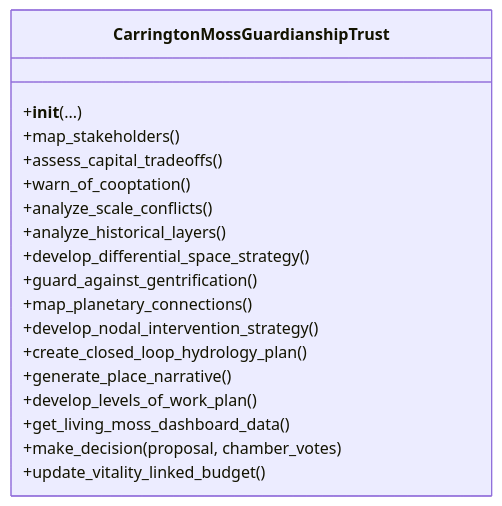
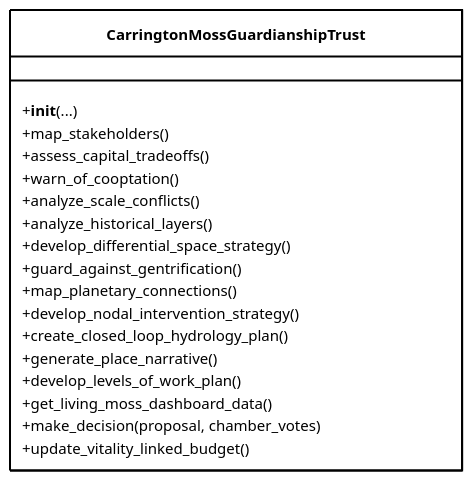
Before and after one commit to CarlosArleo/regenerative-development-ai: the second of 4 diagrams in case-studies/carrington-moss/Carrington Moss Guardianship Trust.md, drawn with Mermaid.

Commit message:
diagram 2

````diff
--- a/case-studies/carrington-moss/Carrington Moss Guardianship Trust.md
+++ b/case-studies/carrington-moss/Carrington Moss Guardianship Trust.md
@@ -80,21 +80,33 @@
 ```mermaid
+%%{init: {"theme": "base", "themeVariables": {
+  "primaryColor": "transparent",
+  "tertiaryColor": "transparent",
+  "edgeLabelBackground": "transparent",
+  "fontFamily": "Inter, Helvetica, Arial, sans-serif",
+  "fontSize": "15px",
+  "lineColor": "#000",
+  "textColor": "#000"
+}}}%%
 classDiagram
     class CarringtonMossGuardianshipTrust {
         +__init__(...)
         +map_stakeholders()
         +assess_capital_tradeoffs()
         +warn_of_cooptation()
         +analyze_scale_conflicts()
         +analyze_historical_layers()
         +develop_differential_space_strategy()
         +guard_against_gentrification()
         +map_planetary_connections()
         +develop_nodal_intervention_strategy()
         +create_closed_loop_hydrology_plan()
         +generate_place_narrative()
         +develop_levels_of_work_plan()
         +get_living_moss_dashboard_data()
         +make_decision(proposal, chamber_votes)
         +update_vitality_linked_budget()
     }
+
+    style CarringtonMossGuardianshipTrust stroke:#000,stroke-width:2px,fill:transparent,color:#000
+
 ```
````
